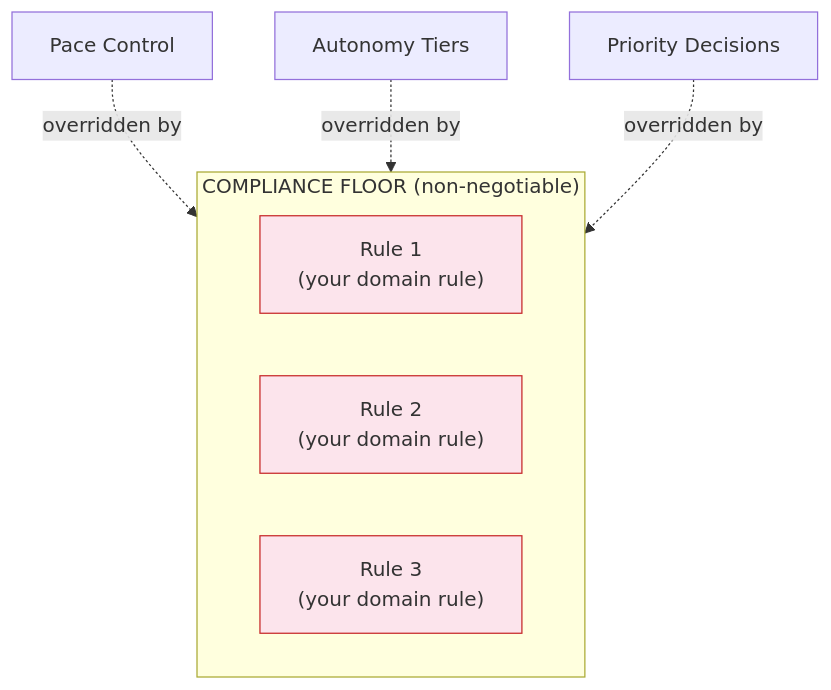
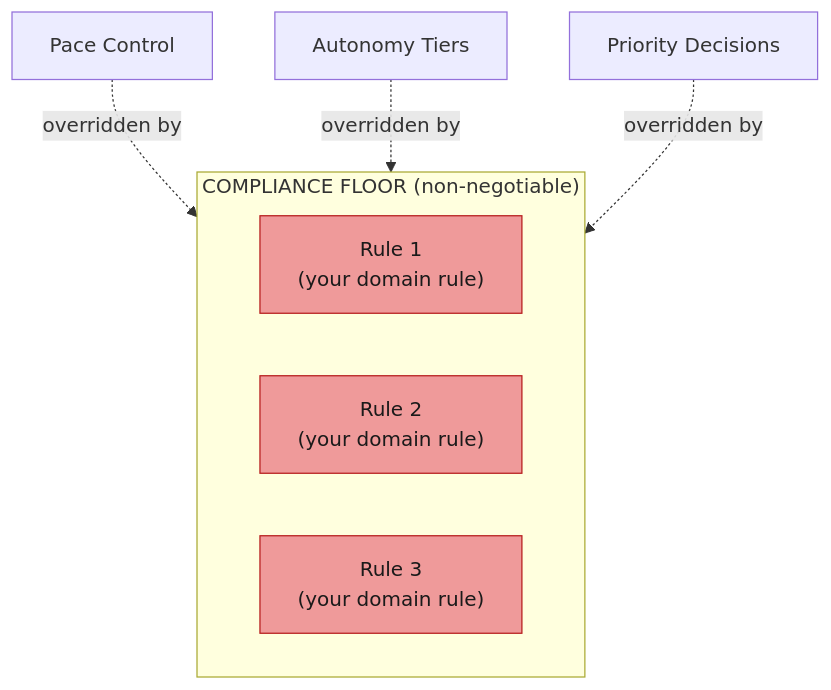
One commit to rdunie/venutian-antfarm changed the seventh of 20 diagrams in docs/COLLABORATION-MODEL.md. Above: the diagram before and after it, drawn with Mermaid. The commit also changed other lines of this file and 22 other files, not shown here.

````diff
--- a/docs/COLLABORATION-MODEL.md
+++ b/docs/COLLABORATION-MODEL.md
@@ -223,16 +225,16 @@
 ```mermaid
 flowchart TD
     subgraph Floor ["COMPLIANCE FLOOR (non-negotiable)"]
         S1["Rule 1\n(your domain rule)"]
         S2["Rule 2\n(your domain rule)"]
         S3["Rule 3\n(your domain rule)"]
     end
 
     PACE["Pace Control"] -.->|"overridden by"| Floor
     AUTO["Autonomy Tiers"] -.->|"overridden by"| Floor
     PRIO["Priority Decisions"] -.->|"overridden by"| Floor
 
-    style S1 fill:#fce4ec,stroke:#C62828
-    style S2 fill:#fce4ec,stroke:#C62828
-    style S3 fill:#fce4ec,stroke:#C62828
+    style S1 fill:#ef9a9a,stroke:#b71c1c,color:#1a1a1a
+    style S2 fill:#ef9a9a,stroke:#b71c1c,color:#1a1a1a
+    style S3 fill:#ef9a9a,stroke:#b71c1c,color:#1a1a1a
 ```
````
